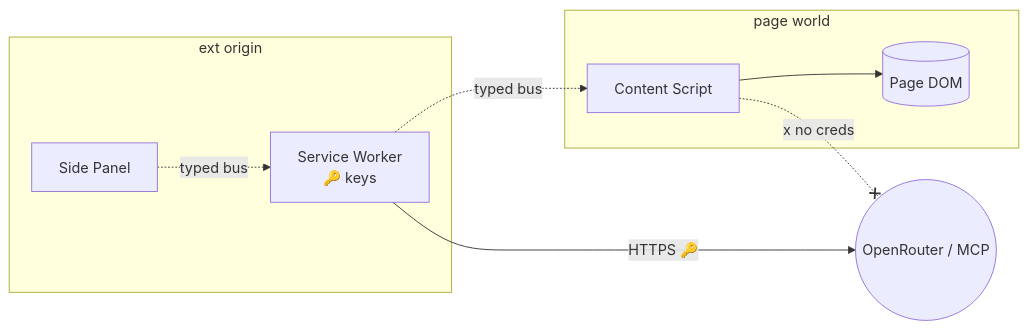
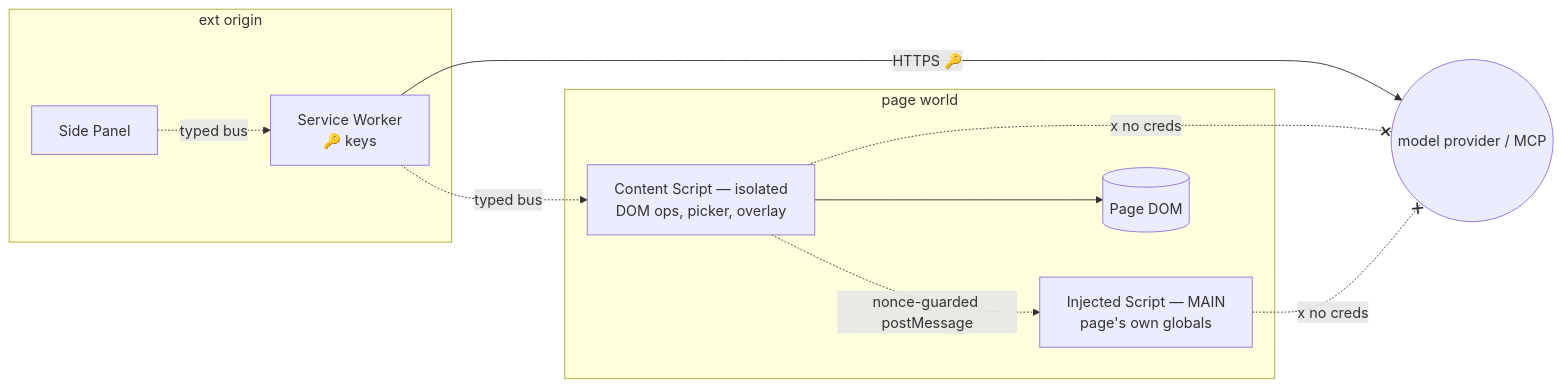
Before and after one commit to developerz-ai/ai-designer: the first of 2 diagrams in docs/architecture/mv3-worlds.md, drawn with Mermaid. The commit also changed other lines of this file and 21 other files, not shown here.

````diff
--- a/docs/architecture/mv3-worlds.md
+++ b/docs/architecture/mv3-worlds.md
@@ -17,16 +18,19 @@
 ```mermaid
 flowchart LR
     subgraph page world
-      cs[Content Script]
+      main[Injected Script — MAIN<br/>page's own globals]
+      cs[Content Script — isolated<br/>DOM ops, picker, overlay]
       dom[(Page DOM)]
     end
     subgraph ext origin
       sw[Service Worker<br/>🔑 keys]
       sp[Side Panel]
     end
     sp -. typed bus .-> sw
     sw -. typed bus .-> cs
     cs --> dom
-    sw -->|HTTPS 🔑| net((OpenRouter / MCP))
+    cs -. nonce-guarded postMessage .-> main
+    sw -->|HTTPS 🔑| net((model provider / MCP))
     cs -. x no creds .-x net
+    main -. x no creds .-x net
 ```
````
